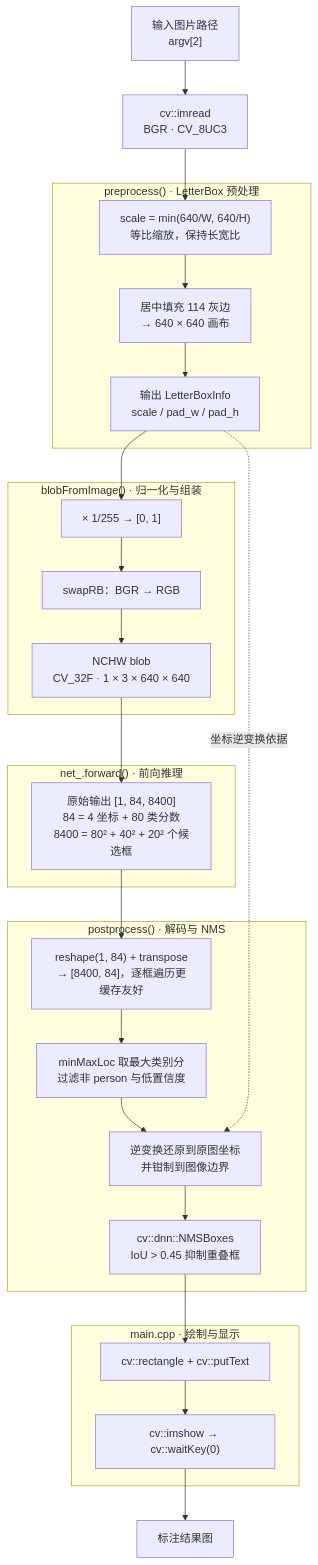
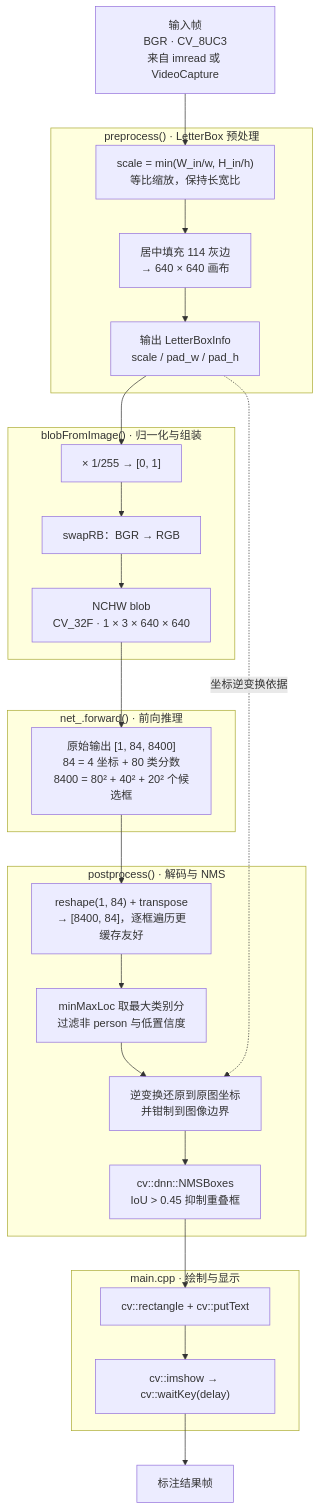
One commit to JoiReve/PedestrianDetectionSystem changed the second of 3 diagrams in README.md. Above: the diagram before and after it, drawn with Mermaid. The commit also changed other lines of this file, not shown here.

````diff
--- a/README.md
+++ b/README.md
@@ -100,45 +229,44 @@
 ```mermaid
 flowchart TD
-    IN["输入图片路径<br/>argv[2]"]
-    LOAD["cv::imread<br/>BGR · CV_8UC3"]
+    LOAD["输入帧<br/>BGR · CV_8UC3<br/>来自 imread 或 VideoCapture"]
 
     subgraph S1["preprocess() · LetterBox 预处理"]
-        P1["scale = min(640/W, 640/H)<br/>等比缩放，保持长宽比"]
+        P1["scale = min(W_in/w, H_in/h)<br/>等比缩放，保持长宽比"]
         P2["居中填充 114 灰边<br/>→ 640 × 640 画布"]
         P3["输出 LetterBoxInfo<br/>scale / pad_w / pad_h"]
         P1 --> P2 --> P3
     end
 
     subgraph S2["blobFromImage() · 归一化与组装"]
         B1["× 1/255 → [0, 1]"]
         B2["swapRB：BGR → RGB"]
         B3["NCHW blob<br/>CV_32F · 1 × 3 × 640 × 640"]
         B1 --> B2 --> B3
     end
 
     subgraph S3["net_.forward() · 前向推理"]
         F1["原始输出 [1, 84, 8400]<br/>84 = 4 坐标 + 80 类分数<br/>8400 = 80² + 40² + 20² 个候选框"]
     end
 
     subgraph S4["postprocess() · 解码与 NMS"]
         O1["reshape(1, 84) + transpose<br/>→ [8400, 84]，逐框遍历更缓存友好"]
         O2["minMaxLoc 取最大类别分<br/>过滤非 person 与低置信度"]
         O3["逆变换还原到原图坐标<br/>并钳制到图像边界"]
         O4["cv::dnn::NMSBoxes<br/>IoU > 0.45 抑制重叠框"]
         O1 --> O2 --> O3 --> O4
     end
 
     subgraph S5["main.cpp · 绘制与显示"]
         D1["cv::rectangle + cv::putText"]
-        D2["cv::imshow → cv::waitKey(0)"]
+        D2["cv::imshow → cv::waitKey(delay)"]
         D1 --> D2
     end
 
-    IN --> LOAD --> P1
+    LOAD --> P1
     P3 --> B1
     B3 --> F1
     F1 --> O1
     O4 --> D1
-    D2 --> OUT["标注结果图"]
+    D2 --> OUT["标注结果帧"]
     P3 -. "坐标逆变换依据" .-> O3
 ```
````
